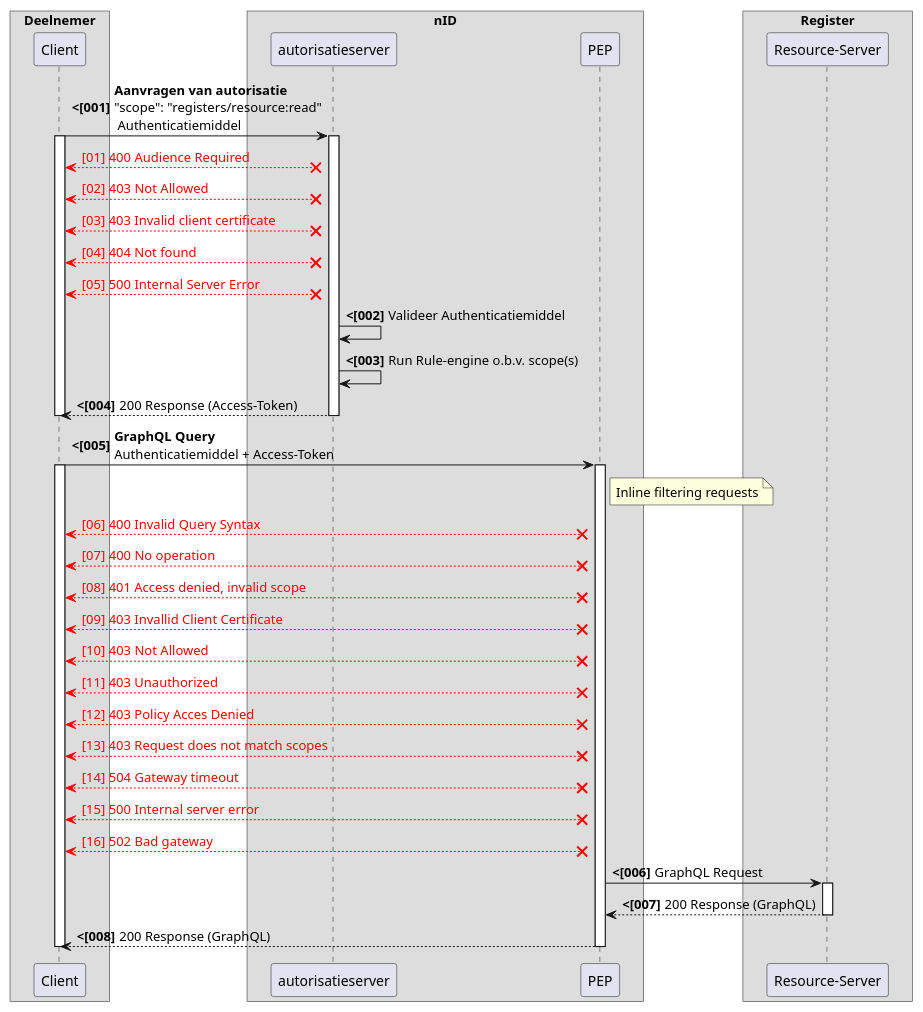
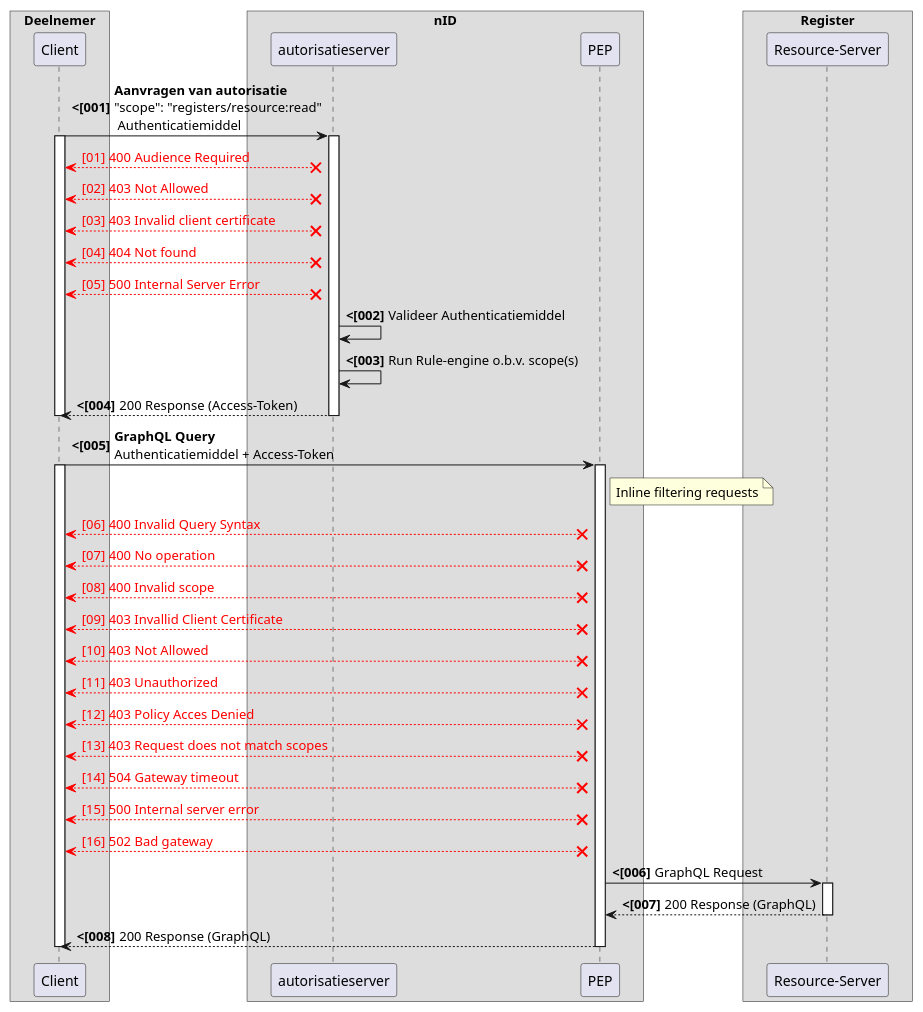
Before and after one commit to iStandaarden/iWlz-RequestForComment: the diagram in plantUMLsrc/rfc0014-02-foutmeldingen_overzicht.puml, drawn with PlantUML.

Commit message:
correctie

```diff
--- a/plantUMLsrc/rfc0014-02-foutmeldingen_overzicht.puml
+++ b/plantUMLsrc/rfc0014-02-foutmeldingen_overzicht.puml
@@ -1,70 +1,70 @@
 @startuml rfc0014-2-foutmeldingen_overzicht
 ' !pragma teoz true
 
 skinparam ParticipantPadding 20
 skinparam BoxPadding 10
 
 box "Deelnemer"
     participant "Client" as Client
 end box
 
 box "nID"
     participant "autorisatieserver" as AuthzServer
     participant "PEP" as Filter
 end box
 
 box "Register"
     participant "Resource-Server" as resourceserver
 end box
 
 autonumber "<b><[000]"
 
 Client -> AuthzServer: **Aanvragen van autorisatie**\n"scope": "registers/resource:read"\n Authenticatiemiddel
 activate Client
 activate AuthzServer
 autonumber stop
 
 Client <-[#red]-X AuthzServer:<color:red>[01] 400 Audience Required
 Client <-[#red]-X AuthzServer:<color:red>[02] 403 Not Allowed
 Client <-[#red]-X AuthzServer:<color:red>[03] 403 Invalid client certificate
 Client <-[#red]-X AuthzServer:<color:red>[04] 404 Not found
 Client <-[#red]-X AuthzServer:<color:red>[05] 500 Internal Server Error
 autonumber resume
 
 
 AuthzServer -> AuthzServer: Valideer Authenticatiemiddel
 AuthzServer -> AuthzServer: Run Rule-engine o.b.v. scope(s)
 AuthzServer --> Client --: 200 Response (Access-Token)
 deactivate AuthzServer
 deactivate Client
 
 Client -> Filter: **GraphQL Query**\nAuthenticatiemiddel + Access-Token
 activate Client
 activate Filter
 note right of Filter: Inline filtering requests
 
 autonumber stop
     Client <-[#red]-X Filter: <color:red>[06] 400 Invalid Query Syntax
     Client <-[#red]-X Filter: <color:red>[07] 400 No operation
-    Client <-[#red]-X Filter: <color:red>[08] 401 Access denied, invalid scope
+    Client <-[#red]-X Filter: <color:red>[08] 400 Invalid scope
     Client <-[#red]-X Filter: <color:red>[09] 403 Invallid Client Certificate
     Client <-[#red]-X Filter: <color:red>[10] 403 Not Allowed
     Client <-[#red]-X Filter: <color:red>[11] 403 Unauthorized
     Client <-[#red]-X Filter: <color:red>[12] 403 Policy Acces Denied
     Client <-[#red]-X Filter: <color:red>[13] 403 Request does not match scopes
     Client <-[#red]-X Filter: <color:red>[14] 504 Gateway timeout
     Client <-[#red]-X Filter: <color:red>[15] 500 Internal server error
     Client <-[#red]-X Filter: <color:red>[16] 502 Bad gateway
 
 autonumber resume
 
 Filter -> resourceserver: GraphQL Request
 activate resourceserver
 resourceserver --> Filter: 200 Response (GraphQL)
 deactivate resourceserver
 
 Filter --> Client: 200 Response (GraphQL)
 deactivate Filter
 deactivate Client
 
 @enduml
```
